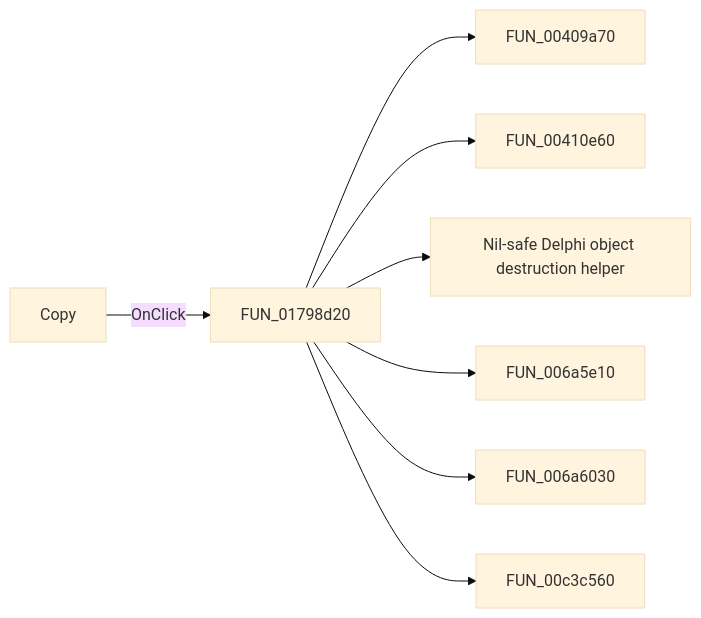
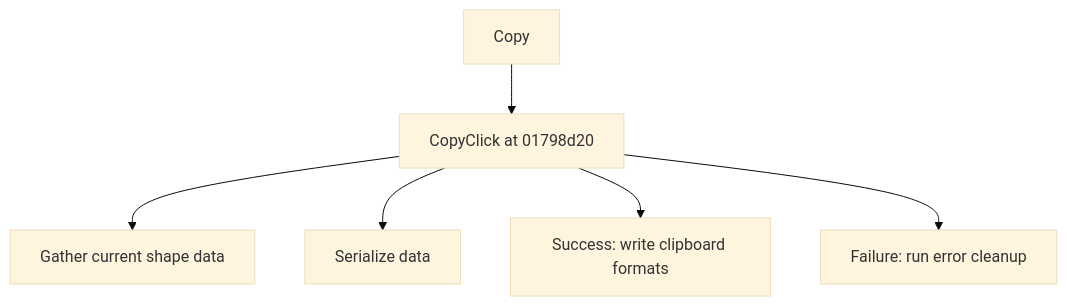
One commit to MovGP0/TIARA changed the diagram in docs/ui-controls/shapeedit/sbcopy-7c039cf948.md. Above: the diagram before and after it, drawn with Mermaid (base theme). The commit also changed other lines of this file and 1062 other files, not shown here.

````diff
--- a/docs/ui-controls/shapeedit/sbcopy-7c039cf948.md
+++ b/docs/ui-controls/shapeedit/sbcopy-7c039cf948.md
@@ -27,10 +27,8 @@
 ```mermaid
-flowchart LR
-    control["Copy"] -->|OnClick| handler["FUN_01798d20"]
-    handler --> call1["FUN_00409a70"]
-    handler --> call2["FUN_00410e60"]
-    handler --> call3["Nil-safe Delphi object destruction helper"]
-    handler --> call4["FUN_006a5e10"]
-    handler --> call5["FUN_006a6030"]
-    handler --> call6["FUN_00c3c560"]
+flowchart TD
+    control["Copy"] --> handler["CopyClick at 01798d20"]
+    handler --> step1["Gather current shape data"]
+    handler --> step2["Serialize data"]
+    handler --> step3["Success: write clipboard formats"]
+    handler --> step4["Failure: run error cleanup"]
 ```
````
